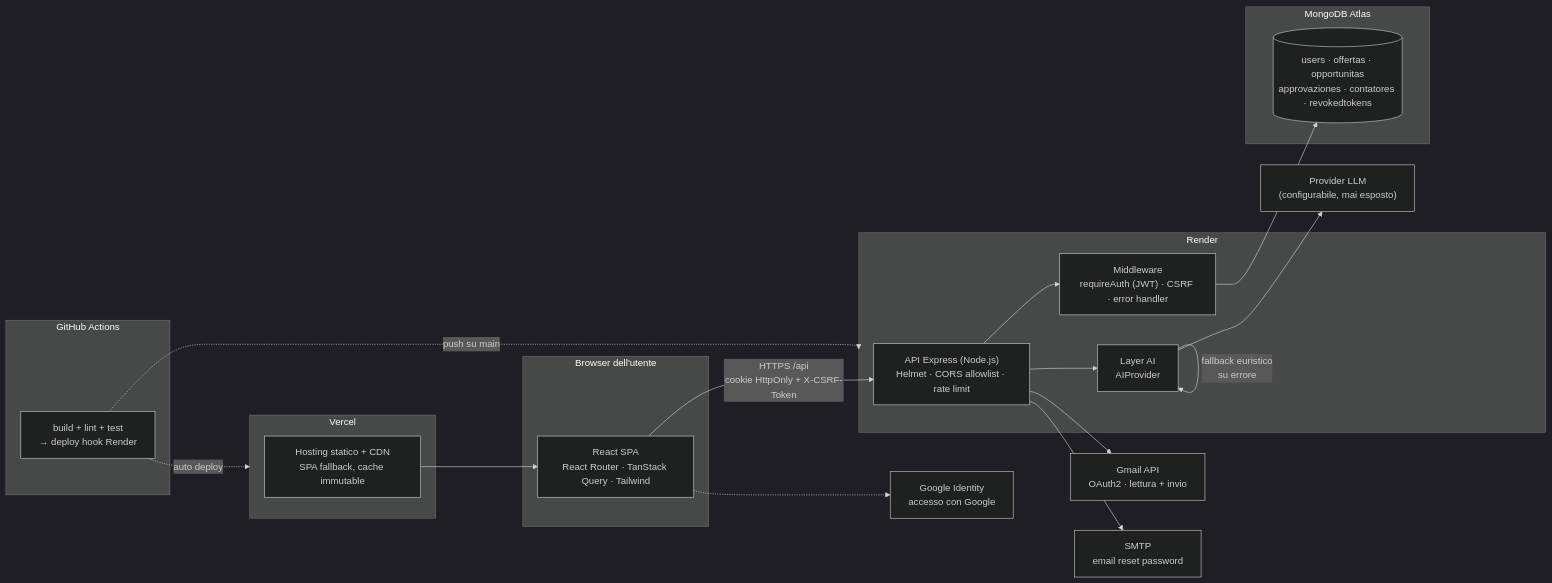
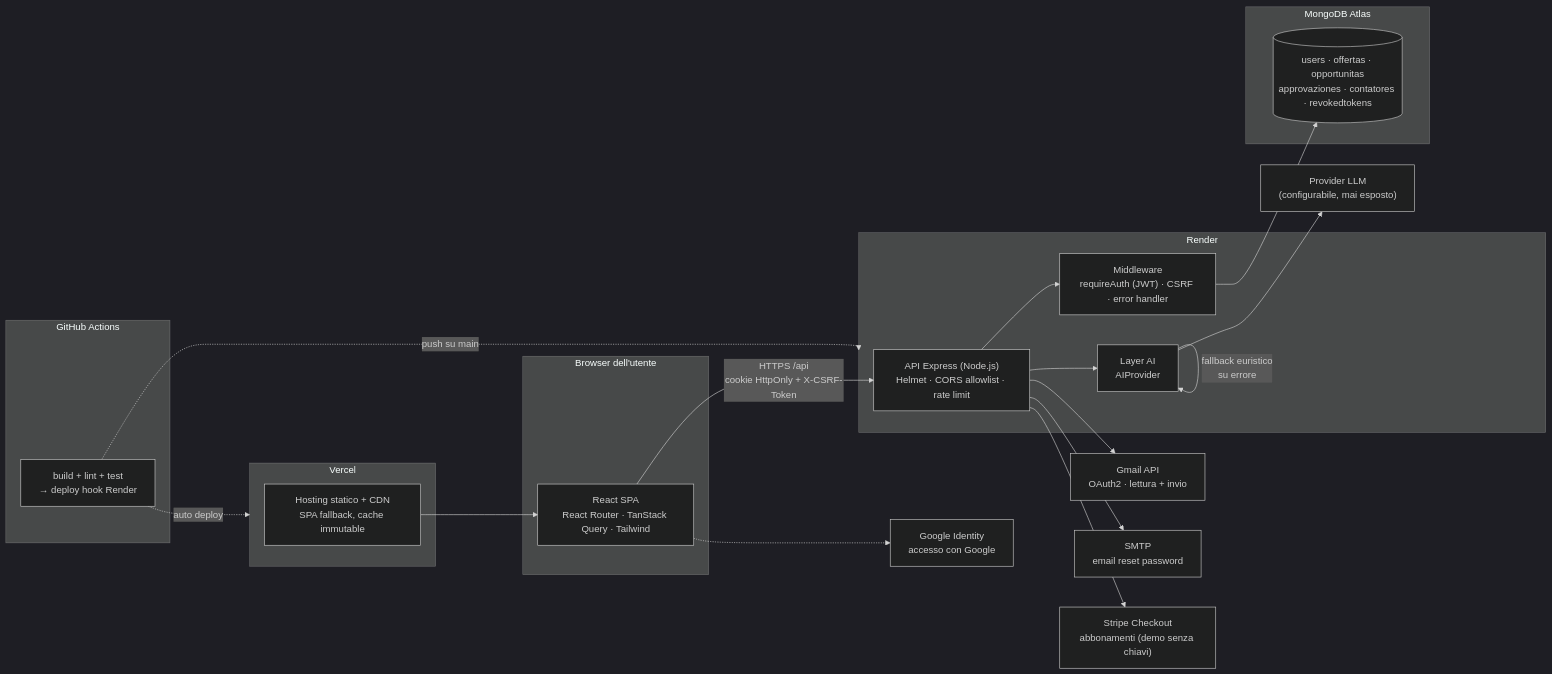
Before and after one commit to kallebesiqueira-dev/Inbox-AI: the first of 9 diagrams in docs/ARCHITECTURE.md, drawn with Mermaid (dark theme). The commit also changed 11 other files, not shown here.

First line of the commit message:
feat(billing): piani di abbonamento in landing + checkout Stripe pronto (demo)

````diff
--- a/docs/ARCHITECTURE.md
+++ b/docs/ARCHITECTURE.md
@@ -24,42 +24,44 @@
 ```mermaid
 flowchart LR
     subgraph Browser["Browser dell'utente"]
         SPA["React SPA<br/>React Router · TanStack Query · Tailwind"]
     end
 
     subgraph Vercel["Vercel"]
         CDN["Hosting statico + CDN<br/>SPA fallback, cache immutable"]
     end
 
     subgraph Render["Render"]
         API["API Express (Node.js)<br/>Helmet · CORS allowlist · rate limit"]
         MW["Middleware<br/>requireAuth (JWT) · CSRF · error handler"]
         AI["Layer AI<br/>AIProvider"]
         API --> MW
         API --> AI
     end
 
     subgraph Atlas["MongoDB Atlas"]
         DB[("users · offertas · opportunitas<br/>approvaziones · contatores · revokedtokens")]
     end
 
     GROQ["Provider LLM<br/>(configurabile, mai esposto)"]
     GMAIL["Gmail API<br/>OAuth2 · lettura + invio"]
     SMTP["SMTP<br/>email reset password"]
     GSI["Google Identity<br/>accesso con Google"]
+    STRIPE["Stripe Checkout<br/>abbonamenti (demo senza chiavi)"]
 
     SPA -- "HTTPS /api<br/>cookie HttpOnly + X-CSRF-Token" --> API
     CDN --> SPA
     SPA -.-> GSI
     MW --> DB
     AI -- "fallback euristico<br/>su errore" --> AI
     AI --> GROQ
     API --> GMAIL
     API --> SMTP
+    API --> STRIPE
 
     subgraph CI["GitHub Actions"]
         PIPE["build + lint + test<br/>→ deploy hook Render"]
     end
     PIPE -.->|"push su main"| Render
     PIPE -.->|"auto deploy"| Vercel
 ```
````
